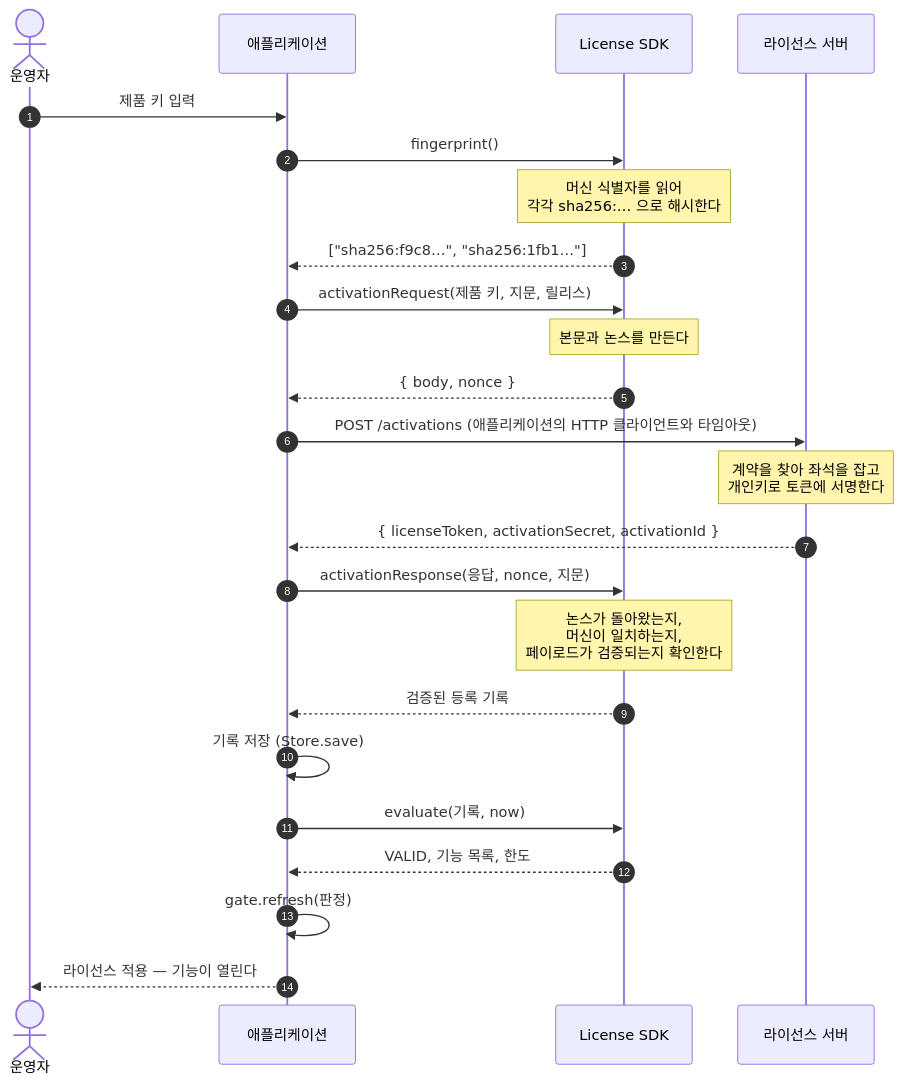
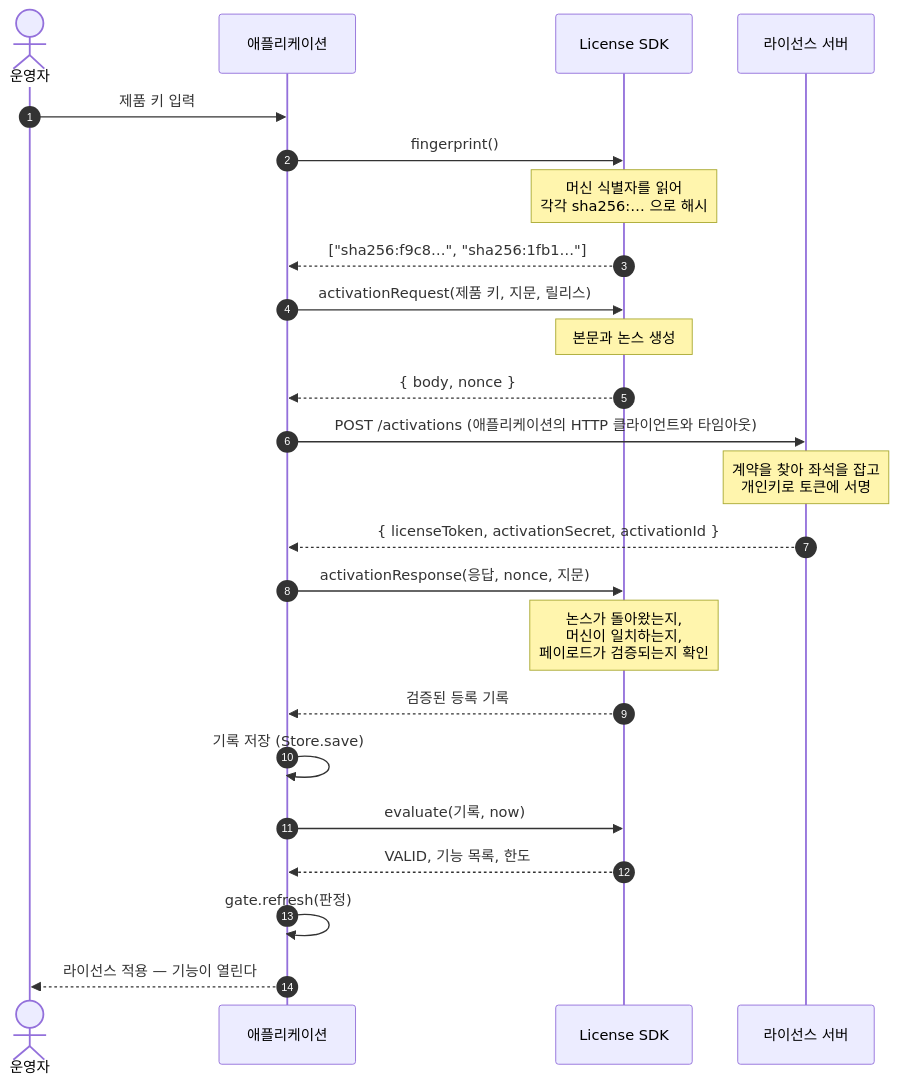
Before and after one commit to accesscore-dev/accesscore-license-sdk-dist: the first of 7 diagrams in docs/manual/ko/concepts.md, drawn with Mermaid. The commit also changed other lines of this file and 5 other files, not shown here.

````diff
--- a/docs/manual/ko/concepts.md
+++ b/docs/manual/ko/concepts.md
@@ -65,31 +65,31 @@
 ```mermaid
 sequenceDiagram
     autonumber
     actor Op as 운영자
     participant App as 애플리케이션
     participant SDK as License SDK
     participant Srv as 라이선스 서버
 
     Op->>App: 제품 키 입력
     App->>SDK: fingerprint()
-    Note over SDK: 머신 식별자를 읽어<br/>각각 sha256:… 으로 해시한다
+    Note over SDK: 머신 식별자를 읽어<br/>각각 sha256:… 으로 해시
     SDK-->>App: ["sha256:f9c8…", "sha256:1fb1…"]
 
     App->>SDK: activationRequest(제품 키, 지문, 릴리스)
-    Note over SDK: 본문과 논스를 만든다
+    Note over SDK: 본문과 논스 생성
     SDK-->>App: { body, nonce }
 
     App->>Srv: POST /activations  (애플리케이션의 HTTP 클라이언트와 타임아웃)
-    Note over Srv: 계약을 찾아 좌석을 잡고<br/>개인키로 토큰에 서명한다
+    Note over Srv: 계약을 찾아 좌석을 잡고<br/>개인키로 토큰에 서명
     Srv-->>App: { licenseToken, activationSecret, activationId }
 
     App->>SDK: activationResponse(응답, nonce, 지문)
-    Note over SDK: 논스가 돌아왔는지,<br/>머신이 일치하는지,<br/>페이로드가 검증되는지 확인한다
+    Note over SDK: 논스가 돌아왔는지,<br/>머신이 일치하는지,<br/>페이로드가 검증되는지 확인
     SDK-->>App: 검증된 등록 기록
 
     App->>App: 기록 저장 (Store.save)
     App->>SDK: evaluate(기록, now)
     SDK-->>App: VALID, 기능 목록, 한도
     App->>App: gate.refresh(판정)
     App-->>Op: 라이선스 적용 — 기능이 열린다
 ```
````
